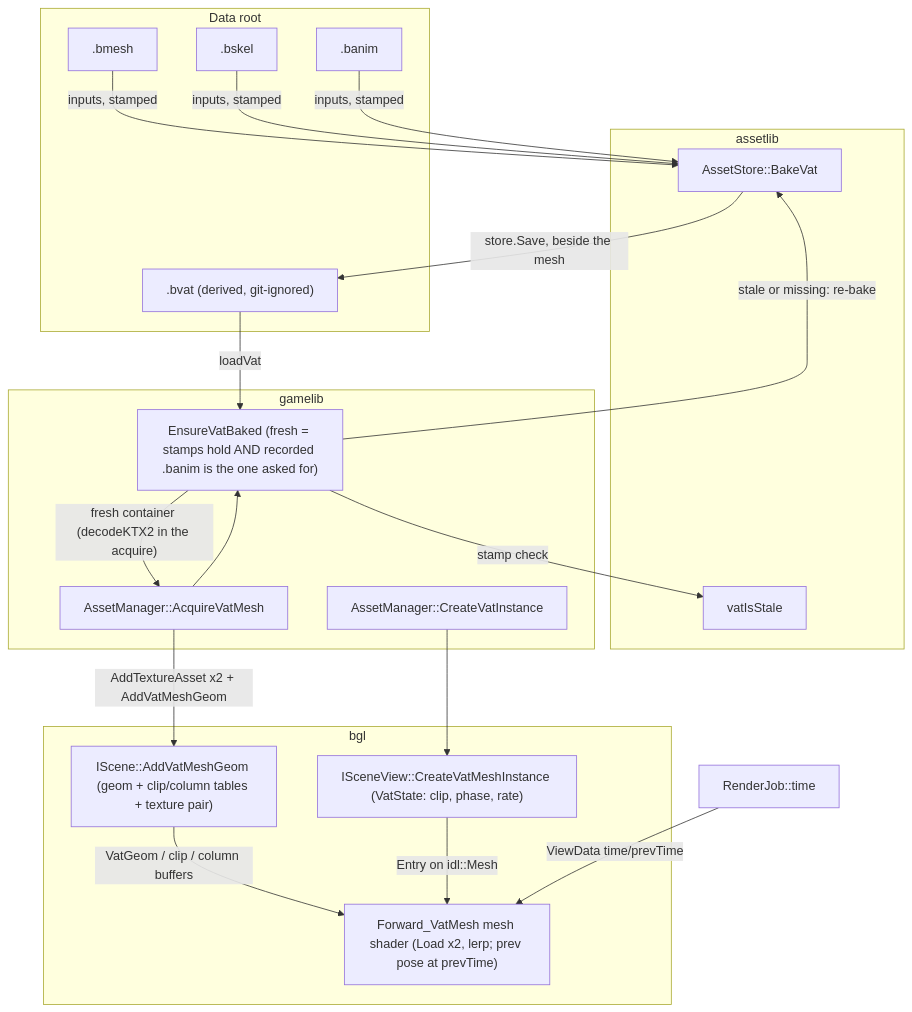
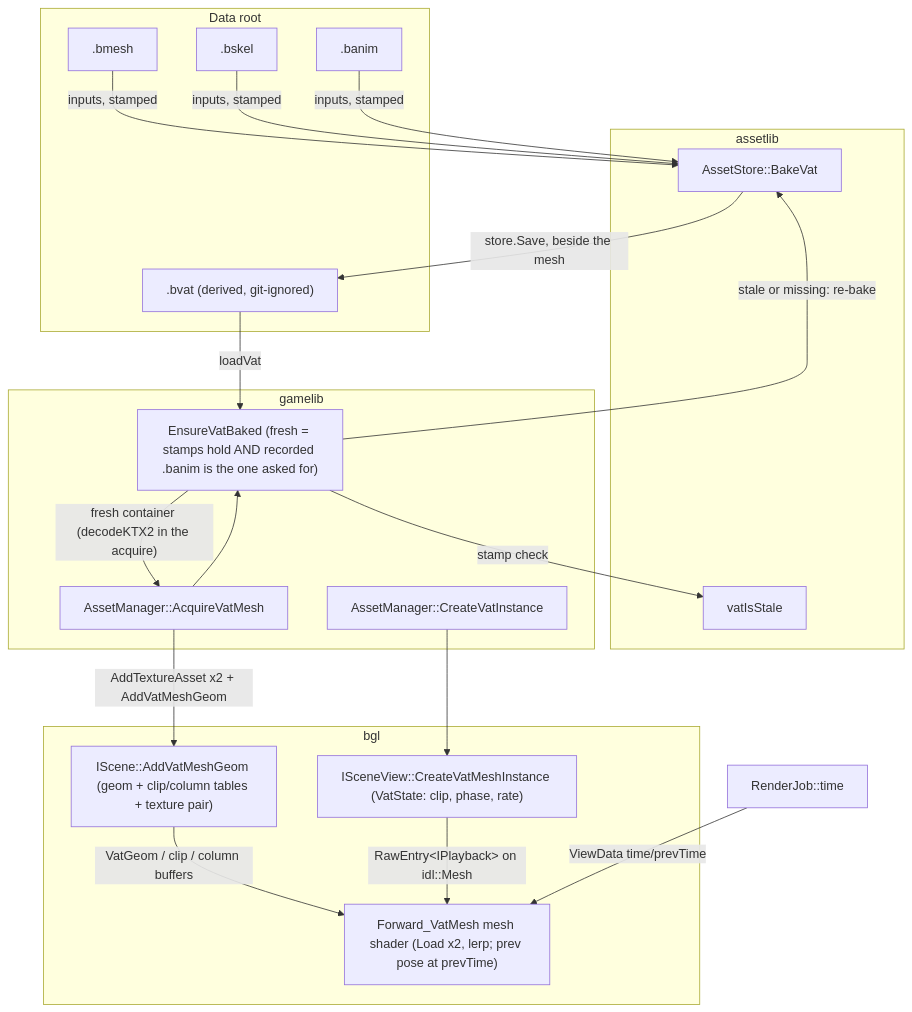
Before and after one commit to alexjiang200407/bernini: the diagram in docs/vat.md, drawn with Mermaid. The commit also changed other lines of this file and 124 other files, not shown here.

````diff
--- a/docs/vat.md
+++ b/docs/vat.md
@@ -161,39 +161,39 @@
 ```mermaid
 flowchart TD
     subgraph disk [Data root]
         BMESH[.bmesh]
         BSKEL[.bskel]
         BANIM[.banim]
         BVAT[".bvat (derived, git-ignored)"]
     end
 
     subgraph assetlib
         BAKE[AssetStore::BakeVat]
         STALE[vatIsStale]
     end
 
     subgraph gamelib
         ACQ[AssetManager::AcquireVatMesh]
         ENSURE["EnsureVatBaked (fresh = stamps hold AND recorded .banim is the one asked for)"]
         INST[AssetManager::CreateVatInstance]
     end
 
     subgraph bgl
         SCENE["IScene::AddVatMeshGeom (geom + clip/column tables + texture pair)"]
         VIEW["ISceneView::CreateVatMeshInstance (VatState: clip, phase, rate)"]
         MS["Forward_VatMesh mesh shader (Load x2, lerp; prev pose at prevTime)"]
     end
 
     BMESH & BSKEL & BANIM -- "inputs, stamped" --> BAKE
     BAKE -- "store.Save, beside the mesh" --> BVAT
     ACQ --> ENSURE
     ENSURE -- "stamp check" --> STALE
     ENSURE -- "stale or missing: re-bake" --> BAKE
     BVAT -- "loadVat" --> ENSURE
     ENSURE -- "fresh container (decodeKTX2 in the acquire)" --> ACQ
     ACQ -- "AddTextureAsset x2 + AddVatMeshGeom" --> SCENE
     INST --> VIEW
     SCENE -- "VatGeom / clip / column buffers" --> MS
-    VIEW -- "Entry<VatState> on idl::Mesh" --> MS
+    VIEW -- "RawEntry&lt;IPlayback&gt; on idl::Mesh" --> MS
     CLOCK["RenderJob::time"] -- "ViewData time/prevTime" --> MS
 ```
````
